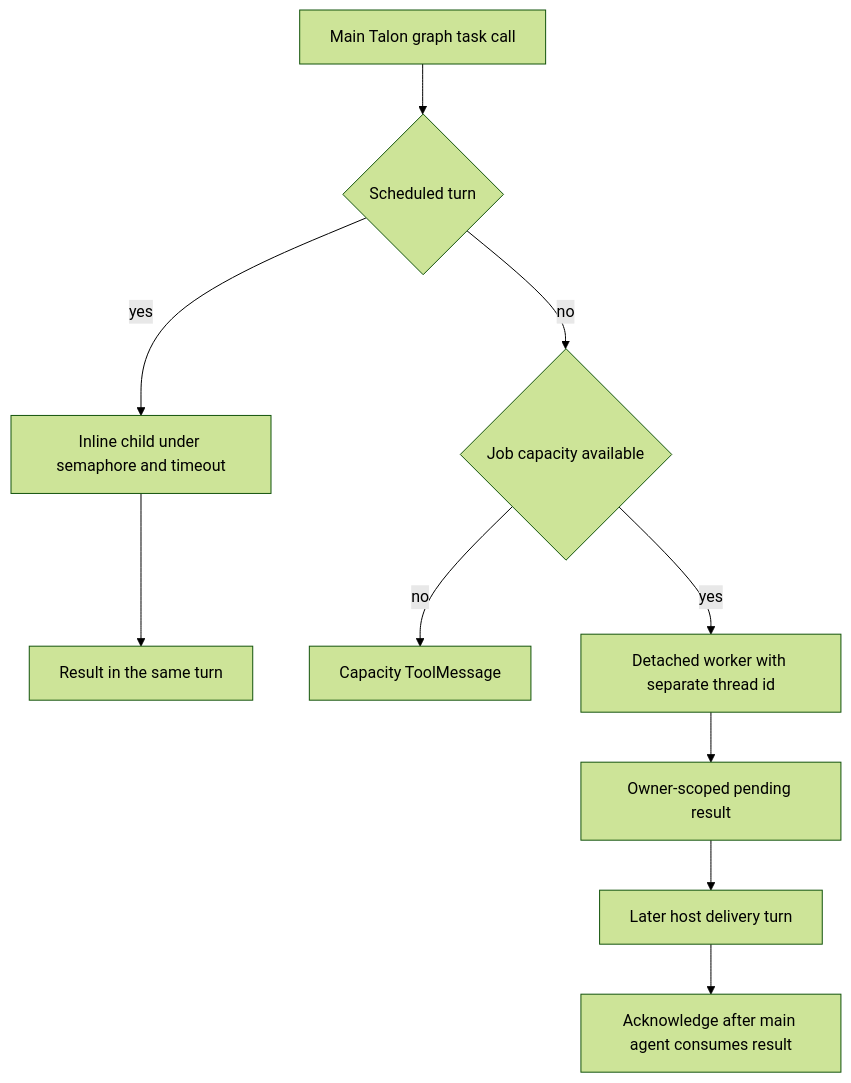
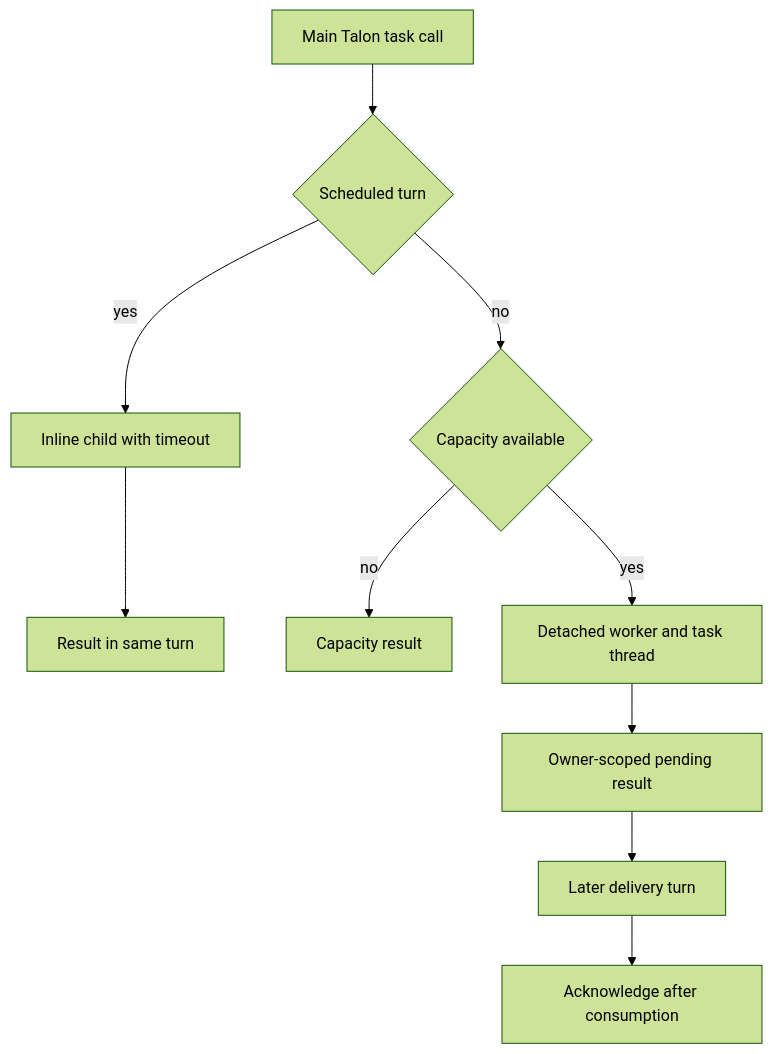
Before and after one commit to langchain-ai/deepagents: the third of 3 diagrams in openwiki/architecture/source-map.md, drawn with Mermaid (forest theme). The commit also changed other lines of this file and 46 other files, not shown here.

````diff
--- a/openwiki/architecture/source-map.md
+++ b/openwiki/architecture/source-map.md
@@ -164,12 +170,12 @@
 ```mermaid
 flowchart TD
-  Main["Main Talon graph task call"] --> Scheduled{"Scheduled turn"}
-  Scheduled -->|"yes"| Inline["Inline child under semaphore and timeout"]
-  Inline --> Result["Result in the same turn"]
-  Scheduled -->|"no"| Capacity{"Job capacity available"}
-  Capacity -->|"no"| Refuse["Capacity ToolMessage"]
-  Capacity -->|"yes"| Worker["Detached worker with separate thread id"]
+  Task["Main Talon task call"] --> Scheduled{"Scheduled turn"}
+  Scheduled -->|"yes"| Inline["Inline child with timeout"]
+  Inline --> SameTurn["Result in same turn"]
+  Scheduled -->|"no"| Capacity{"Capacity available"}
+  Capacity -->|"no"| Refuse["Capacity result"]
+  Capacity -->|"yes"| Worker["Detached worker and task thread"]
   Worker --> Pending["Owner-scoped pending result"]
-  Pending --> Delivery["Later host delivery turn"]
-  Delivery --> Ack["Acknowledge after main agent consumes result"]
+  Pending --> NextTurn["Later delivery turn"]
+  NextTurn --> Ack["Acknowledge after consumption"]
 ```
````
